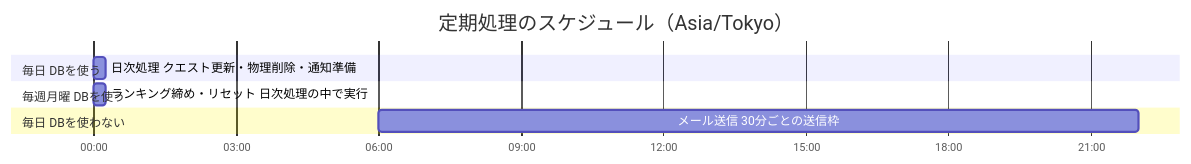
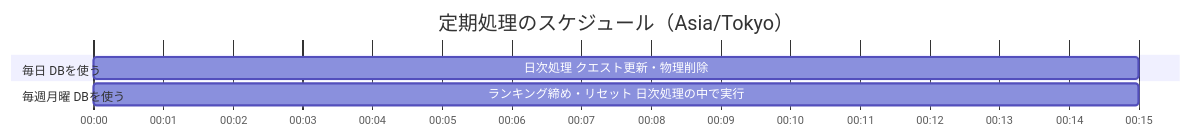
Before and after one commit to pocarialice/rpglearning: diagram 15 of 16 in documents/外部設計書_RPG学習アプリ.md, drawn with Mermaid. The commit also changed other lines of this file and 9 other files, not shown here.

````diff
--- a/documents/外部設計書_RPG学習アプリ.md
+++ b/documents/外部設計書_RPG学習アプリ.md
@@ -1217,12 +1208,10 @@
 ```mermaid
 gantt
   title 定期処理のスケジュール（Asia/Tokyo）
   dateFormat HH:mm
   axisFormat %H:%M
   section 毎日 DBを使う
-  日次処理 クエスト更新・物理削除・通知準備 :a1, 00:00, 15m
+  日次処理 クエスト更新・物理削除 :a1, 00:00, 15m
   section 毎週月曜 DBを使う
   ランキング締め・リセット 日次処理の中で実行 :b1, 00:00, 15m
-  section 毎日 DBを使わない
-  メール送信 30分ごとの送信枠 :c1, 06:00, 16h
 ```
````
